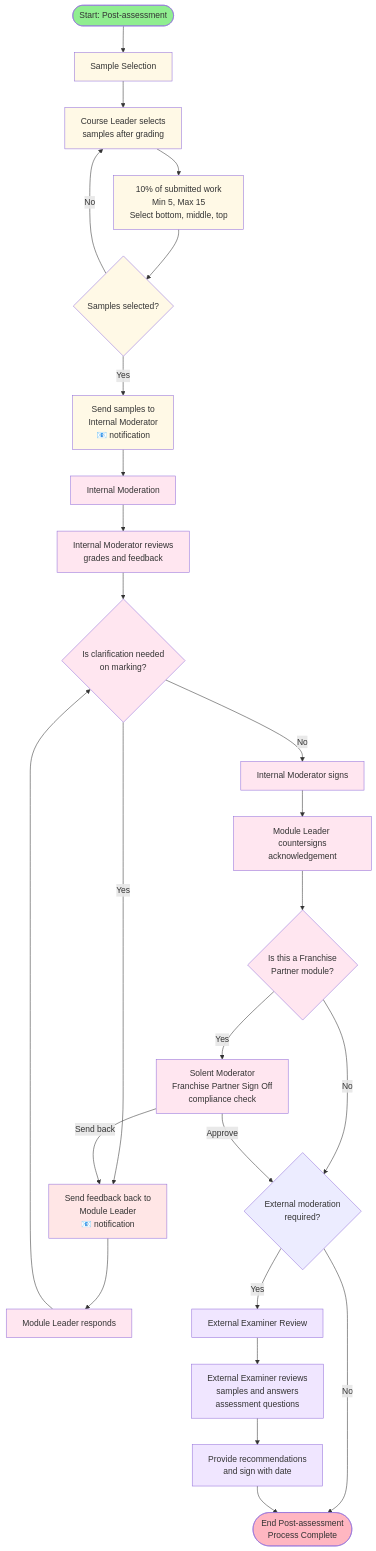
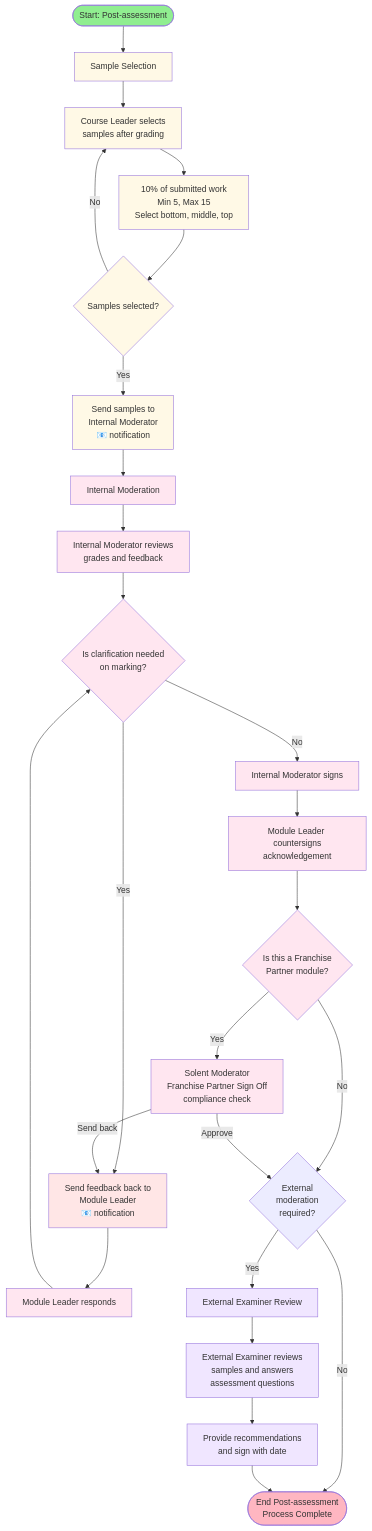
One commit to martinsolent/mod_prototype changed the second of 2 diagrams in flow_chart/mod_flow_chart.md. Above: the diagram before and after it, drawn with Mermaid. The commit also changed 3 other files, not shown here.

Commit message:
Flowchart: wrap IM8 labels; UI: sample size indicator + franchise flag persistence; internal moderation branching; external examiner persistence + auto handoff

````diff
--- a/flow_chart/mod_flow_chart.md
+++ b/flow_chart/mod_flow_chart.md
@@ -31,45 +31,45 @@
 ```mermaid
 flowchart TD
     %% Workflow B: Post-assessment (after grading)
     StartB([Start: Post-assessment]) --> SS[Sample Selection]
     
     SS --> SS1[Course Leader selects
     samples after grading]
     SS1 --> SS2[10% of submitted work<br/>Min 5, Max 15<br/>Select bottom, middle, top]
     SS2 --> SS3{Samples selected?}
     SS3 -->|No| SS1
         SS3 -->|Yes| SS4[Send samples to<br/>Internal Moderator<br/>📧 notification]
     SS4 --> IM[Internal Moderation]
     
     IM --> IM1[Internal Moderator reviews<br/>grades and feedback]
     IM1 --> IM2{Is clarification needed<br/>on marking?}
         IM2 -->|Yes| IM3[Send feedback back to<br/>Module Leader<br/>📧 notification]
     IM3 --> IM4[Module Leader responds]
     IM4 --> IM2
     IM2 -->|No| IM5[Internal Moderator signs]
     IM5 --> IM6[Module Leader countersigns<br/>acknowledgement]
     IM6 --> IM7{Is this a Franchise<br/>Partner module?}
-    IM7 -->|No| IM8{External moderation<br/>required?}
+    IM7 -->|No| IM8{External<br/>moderation<br/>required?}
     IM7 -->|Yes| IMFP[Solent Moderator<br/>Franchise Partner Sign Off<br/>compliance check]
     IMFP -->|Send back| IM3
-    IMFP -->|Approve| IM8{External moderation<br/>required?}
+    IMFP -->|Approve| IM8{External<br/>moderation<br/>required?}
     
     IM8 -->|No| EndB([End Post-assessment<br/>Process Complete])
     IM8 -->|Yes| EE[External Examiner Review]
     EE --> EE1[External Examiner reviews<br/>samples and answers<br/>assessment questions]
     EE1 --> EE2[Provide recommendations<br/>and sign with date]
     EE2 --> EndB
     
     classDef start fill:#90EE90
     classDef endNode fill:#FFB6C1
     classDef sample fill:#FFF9E6
     classDef mod fill:#FFE6F0
     classDef external fill:#F0E6FF
     classDef warn fill:#FFE6E6
     class StartB start
     class EndB endNode
     class SS,SS1,SS2,SS3,SS4 sample
     class IM,IM1,IM2,IM3,IM4,IM5,IM6,IM7,IMFP mod
     class EE,EE1,EE2 external
     class IM3 warn
 ```
````
